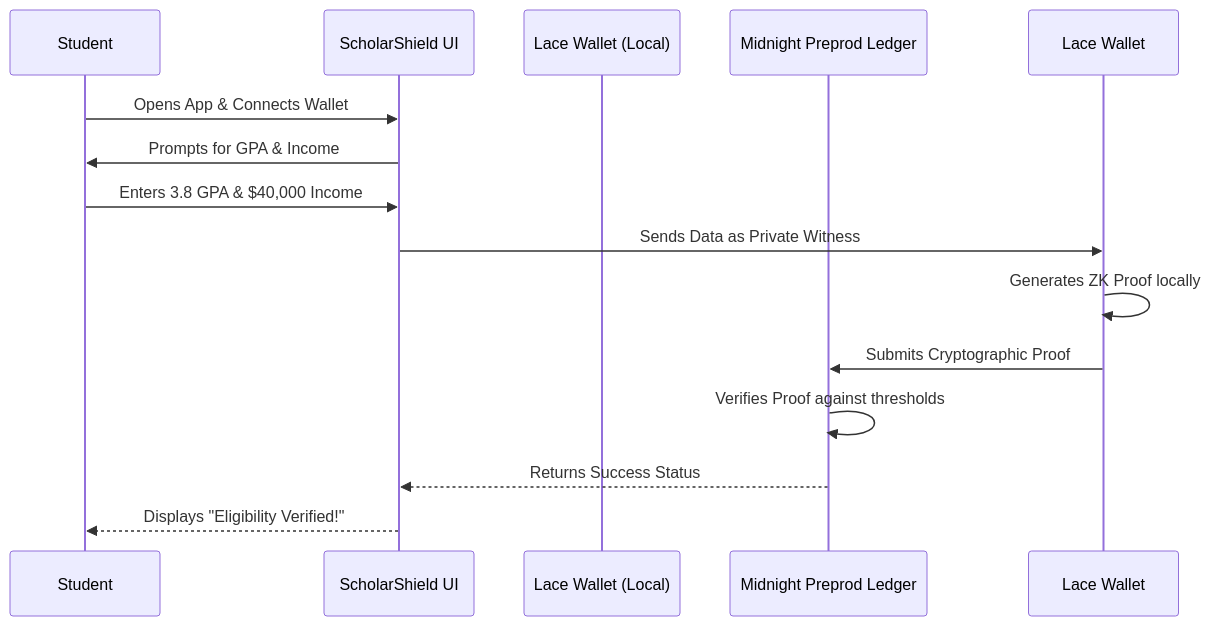
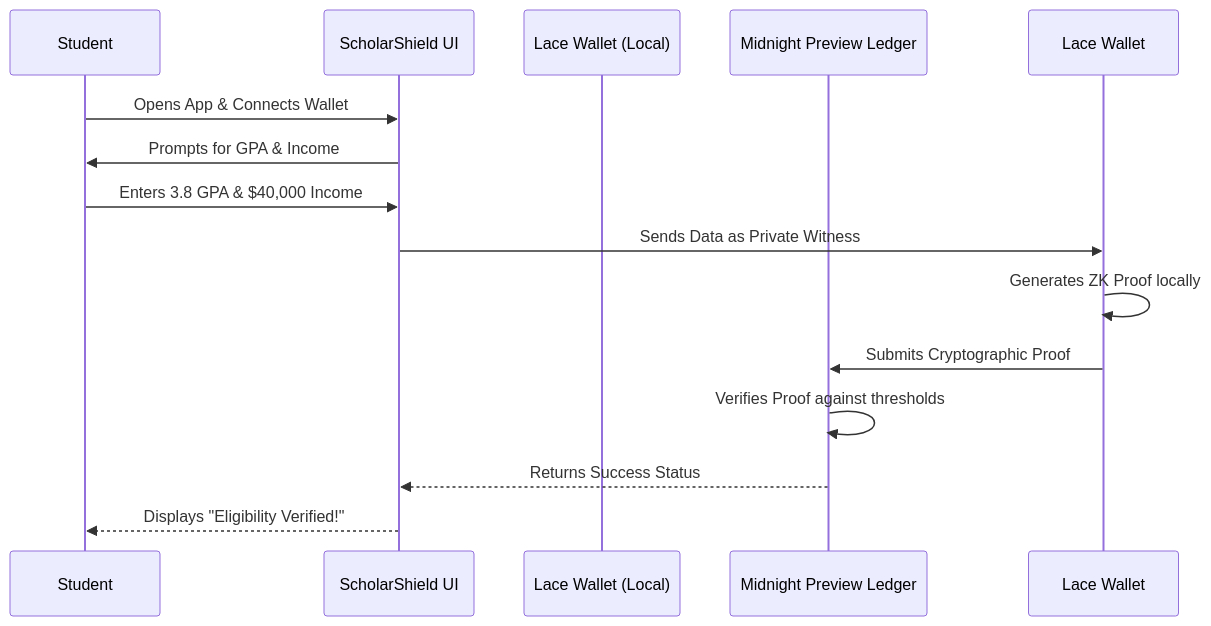
The second of 2 diagrams in README.md (aditya-jha033/ProofScholar), drawn with Mermaid before and after one commit. The commit also changed other lines of this file, not shown here.

````diff
--- a/README.md
+++ b/README.md
@@ -94,17 +94,17 @@
 ```mermaid
 sequenceDiagram
     participant Student
     participant ScholarShield UI
     participant Lace Wallet (Local)
-    participant Midnight Preprod Ledger
+    participant Midnight Preview Ledger
 
     Student->>ScholarShield UI: Opens App & Connects Wallet
     ScholarShield UI->>Student: Prompts for GPA & Income
     Student->>ScholarShield UI: Enters 3.8 GPA & $40,000 Income
     ScholarShield UI->>Lace Wallet: Sends Data as Private Witness
     Lace Wallet->>Lace Wallet: Generates ZK Proof locally
-    Lace Wallet->>Midnight Preprod Ledger: Submits Cryptographic Proof
-    Midnight Preprod Ledger->>Midnight Preprod Ledger: Verifies Proof against thresholds
-    Midnight Preprod Ledger-->>ScholarShield UI: Returns Success Status
+    Lace Wallet->>Midnight Preview Ledger: Submits Cryptographic Proof
+    Midnight Preview Ledger->>Midnight Preview Ledger: Verifies Proof against thresholds
+    Midnight Preview Ledger-->>ScholarShield UI: Returns Success Status
     ScholarShield UI-->>Student: Displays "Eligibility Verified!"
 ```
````
